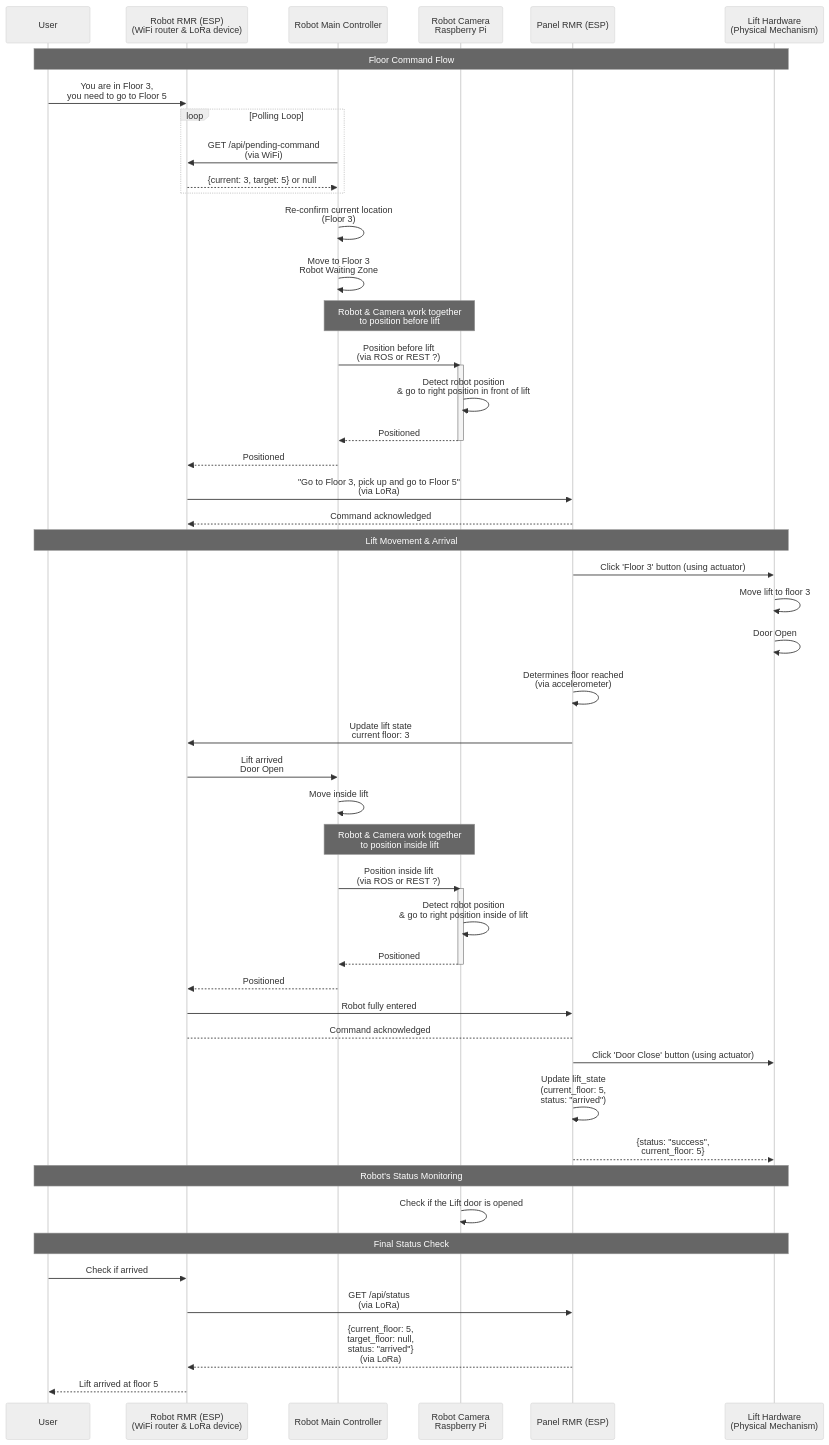
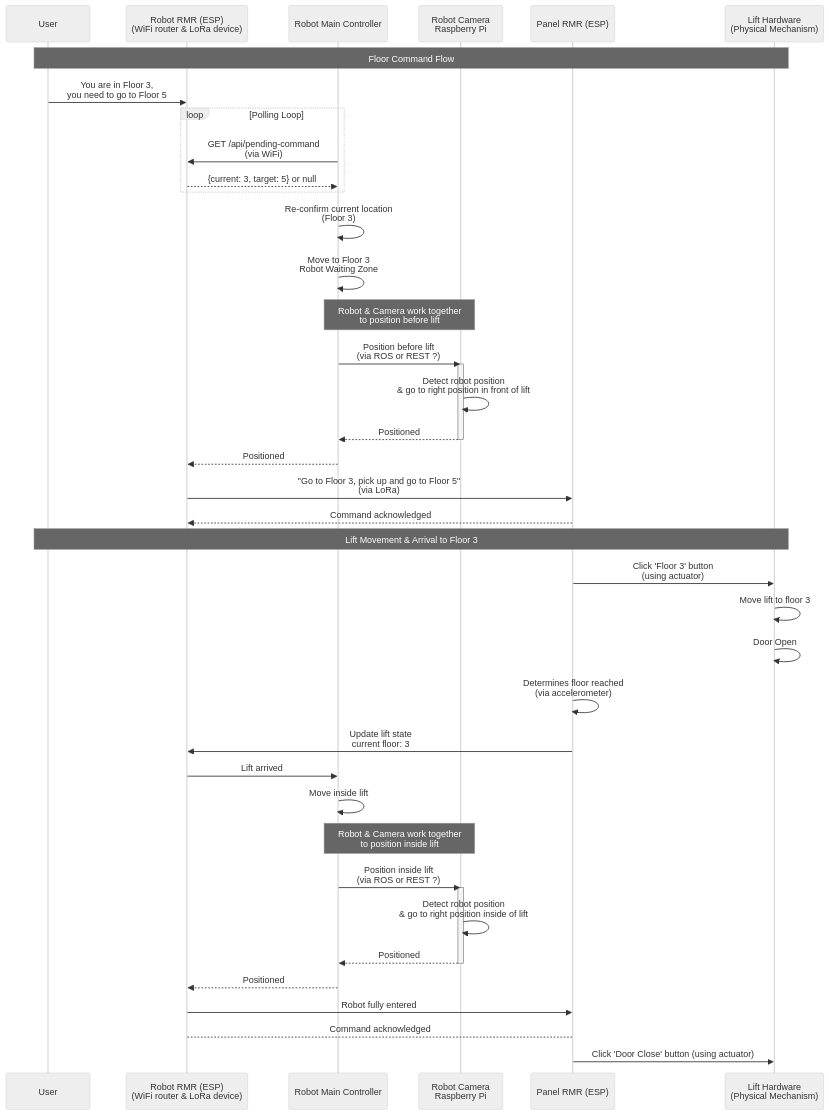
The first of 2 diagrams in sequence_diagram.md (in-is-ah/rmr), drawn with Mermaid (neutral theme) before and after one commit.

````diff
--- a/sequence_diagram.md
+++ b/sequence_diagram.md
@@ -5,58 +5,48 @@
 ```mermaid
 sequenceDiagram
     participant User
     participant ClientPi as Robot RMR (ESP)<br/>(WiFi router & LoRa device)
     participant RobotMainController as Robot Main Controller
     participant CameraModule as Robot Camera<br/>Raspberry Pi
     participant LiftService as Panel RMR (ESP)
     participant LiftHardware as Lift Hardware<br/>(Physical Mechanism)
 
     Note over User,LiftHardware: Floor Command Flow
     User->>ClientPi: You are in Floor 3,<br/>you need to go to Floor 5
     loop Polling Loop
         RobotMainController->>ClientPi: GET /api/pending-command<br/>(via WiFi)
         ClientPi-->>RobotMainController: {current: 3, target: 5} or null
     end
     RobotMainController->>RobotMainController: Re-confirm current location<br/>(Floor 3)
     RobotMainController->>RobotMainController: Move to Floor 3<br/>Robot Waiting Zone
     Note over RobotMainController,CameraModule: Robot & Camera work together<br/>to position before lift
     RobotMainController->>CameraModule: Position before lift<br/>(via ROS or REST ?)
     activate CameraModule
     CameraModule->>CameraModule: Detect robot position<br/>& go to right position in front of lift
     CameraModule-->>RobotMainController: Positioned
     deactivate CameraModule
     RobotMainController-->>ClientPi: Positioned
     ClientPi->>LiftService: "Go to Floor 3, pick up and go to Floor 5"<br/>(via LoRa)
     LiftService-->>ClientPi: Command acknowledged
     
-    Note over User,LiftHardware: Lift Movement & Arrival
-    LiftService->>LiftHardware: Click 'Floor 3' button (using actuator)
+    Note over User,LiftHardware: Lift Movement & Arrival to Floor 3
+    LiftService->>LiftHardware: Click 'Floor 3' button<br/>(using actuator)
     LiftHardware->>LiftHardware: Move lift to floor 3
     LiftHardware->>LiftHardware: Door Open
     LiftService->>LiftService: Determines floor reached<br/>(via accelerometer)
     LiftService->>ClientPi: Update lift state<br/>current floor: 3
-    ClientPi->>RobotMainController: Lift arrived<br/>Door Open
+    ClientPi->>RobotMainController: Lift arrived
     RobotMainController->>RobotMainController: Move inside lift
     Note over RobotMainController,CameraModule: Robot & Camera work together<br/>to position inside lift
     RobotMainController->>CameraModule: Position inside lift<br/>(via ROS or REST ?)
     activate CameraModule
     CameraModule->>CameraModule: Detect robot position<br/>& go to right position inside of lift
     CameraModule-->>RobotMainController: Positioned
     deactivate CameraModule
     RobotMainController-->>ClientPi: Positioned
     ClientPi->>LiftService: Robot fully entered
     LiftService-->ClientPi: Command acknowledged
     LiftService->>LiftHardware: Click 'Door Close' button (using actuator)
 
-    LiftService->>LiftService: Update lift_state<br/>(current_floor: 5,<br/>status: "arrived")
-    LiftService-->>LiftHardware: {status: "success",<br/>current_floor: 5}
     
-    Note over User,LiftHardware: Robot's Status Monitoring
-    CameraModule->>CameraModule: Check if the Lift door is opened
-
-    Note over User,LiftHardware: Final Status Check
-    User->>ClientPi: Check if arrived
-    ClientPi->>LiftService: GET /api/status<br/>(via LoRa)
-    LiftService-->>ClientPi: {current_floor: 5,<br/>target_floor: null,<br/>status: "arrived"}<br/>(via LoRa)
-    ClientPi-->>User: Lift arrived at floor 5
 ```
````
